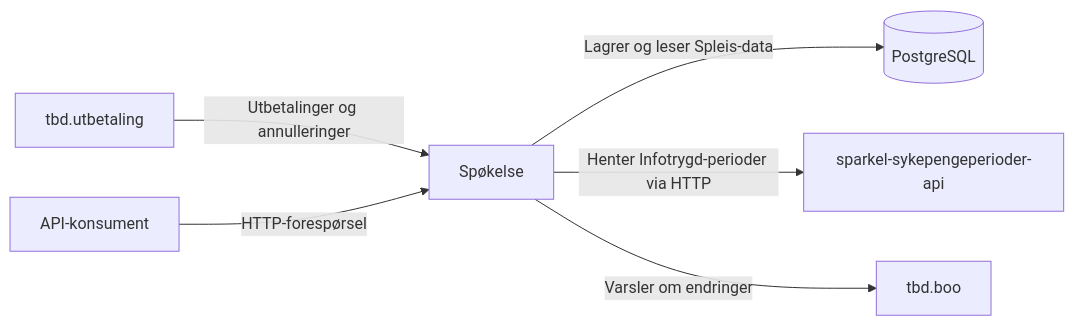
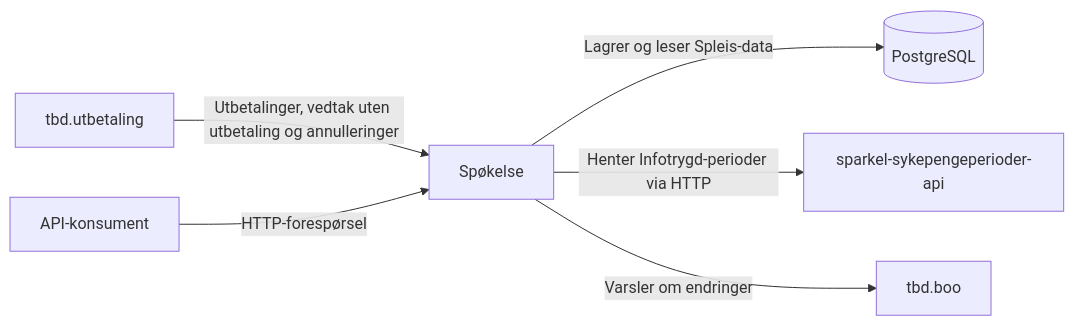
Before and after one commit to navikt/helse-spokelse: the diagram in README.md, drawn with Mermaid. The commit also changed other lines of this file, not shown here.

````diff
--- a/README.md
+++ b/README.md
@@ -30,8 +30,8 @@
 ```mermaid
 flowchart LR
-    utbetaling["tbd.utbetaling"] -->|Utbetalinger og annulleringer| spokelse["Spøkelse"]
+    utbetaling["tbd.utbetaling"] -->|Utbetalinger, vedtak uten utbetaling og annulleringer| spokelse["Spøkelse"]
     spokelse -->|Lagrer og leser Spleis-data| database[("PostgreSQL")]
     spokelse -->|Henter Infotrygd-perioder via HTTP| infotrygd["sparkel-sykepengeperioder-api"]
     konsument["API-konsument"] -->|HTTP-forespørsel| spokelse
     spokelse -->|Varsler om endringer| boo["tbd.boo"]
 ```
````
